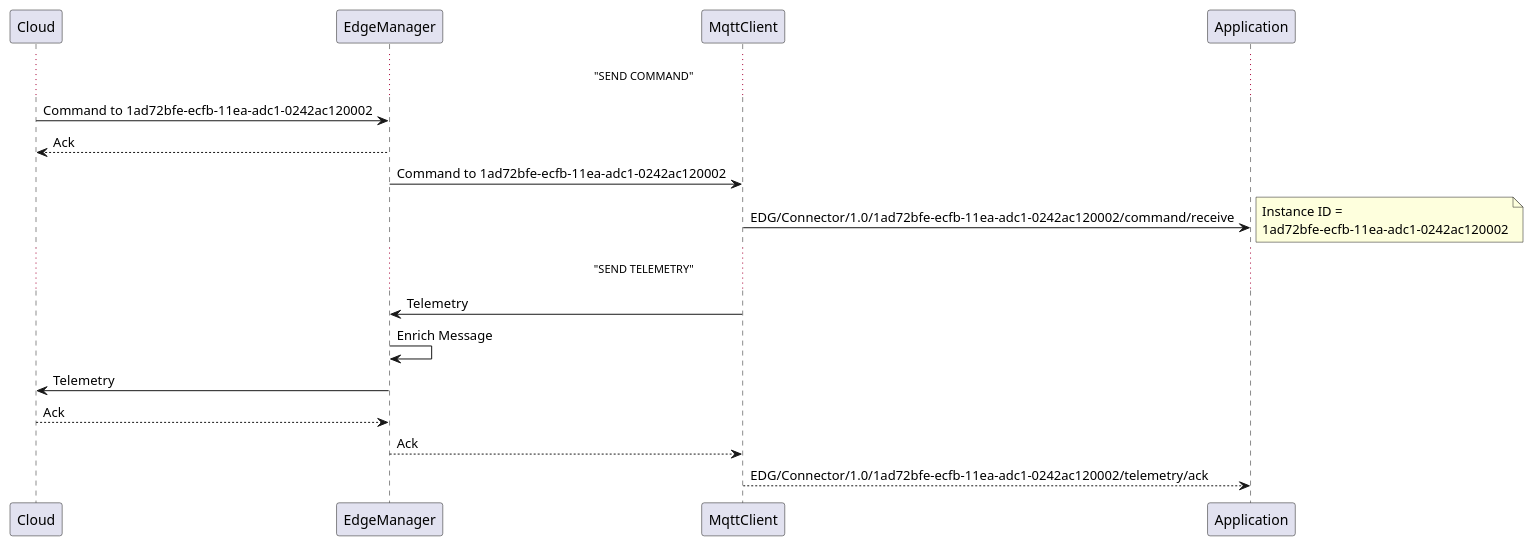
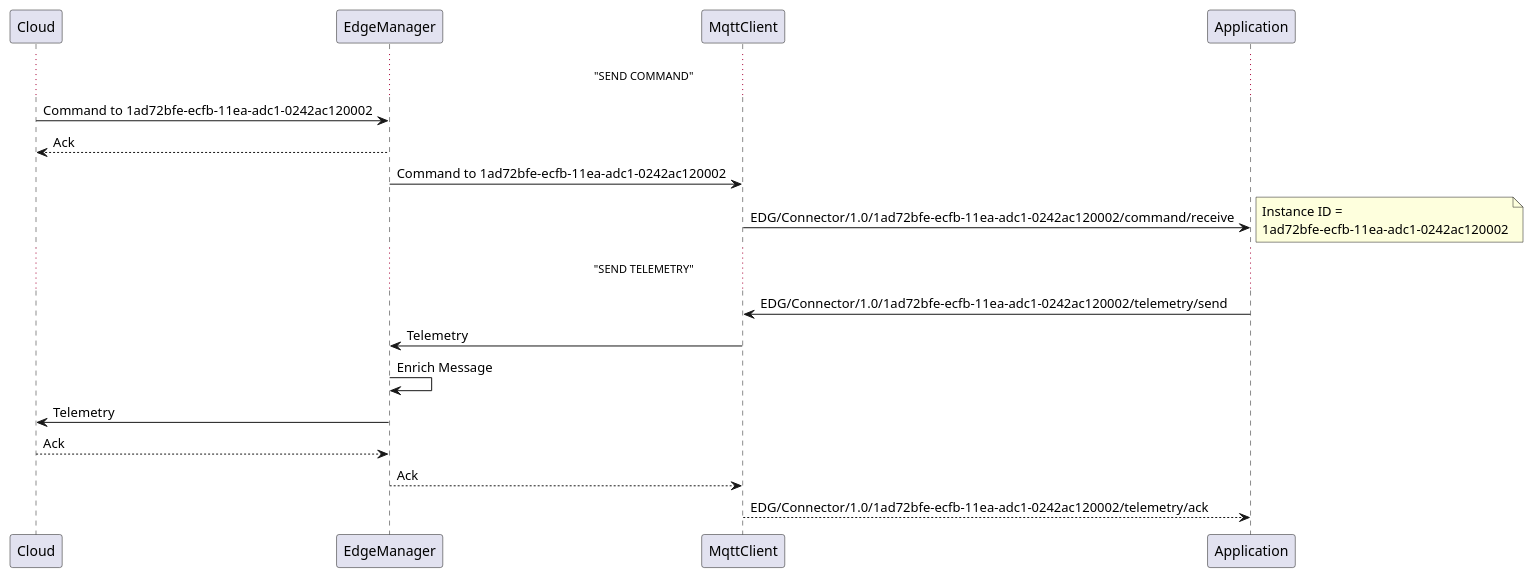
The diagram in EdgeManager/InternalCommandRouting.puml (se-edge/framework-diagrams), drawn with PlantUML before and after one commit.

```diff
--- a/EdgeManager/InternalCommandRouting.puml
+++ b/EdgeManager/InternalCommandRouting.puml
@@ -1,22 +1,23 @@
 @startuml
 
 ... "SEND COMMAND" ...
 Cloud -> EdgeManager: Command to 1ad72bfe-ecfb-11ea-adc1-0242ac120002
 Cloud <-- EdgeManager: Ack
 EdgeManager -> MqttClient: Command to 1ad72bfe-ecfb-11ea-adc1-0242ac120002
 MqttClient -> "Application": EDG/Connector/1.0/1ad72bfe-ecfb-11ea-adc1-0242ac120002/command/receive
 ... "SEND TELEMETRY" ...
 
 note right
 Instance ID =
 1ad72bfe-ecfb-11ea-adc1-0242ac120002
 end note
 
+MqttClient <- "Application": EDG/Connector/1.0/1ad72bfe-ecfb-11ea-adc1-0242ac120002/telemetry/send
 MqttClient -> EdgeManager: Telemetry
 EdgeManager -> EdgeManager: Enrich Message
 EdgeManager -> Cloud: Telemetry
 Cloud --> EdgeManager: Ack
 EdgeManager --> MqttClient: Ack
 "Application" <-- MqttClient: EDG/Connector/1.0/1ad72bfe-ecfb-11ea-adc1-0242ac120002/telemetry/ack
 
 @enduml
```
